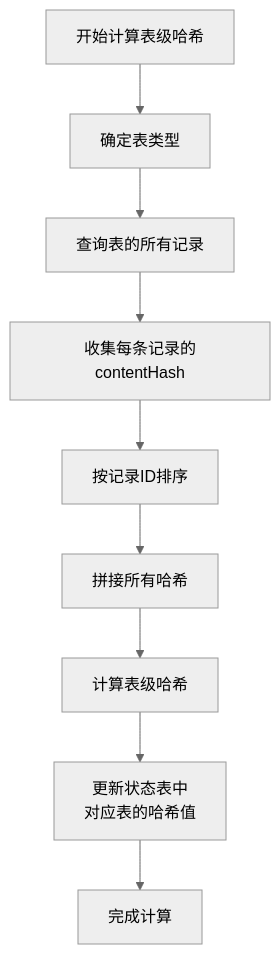
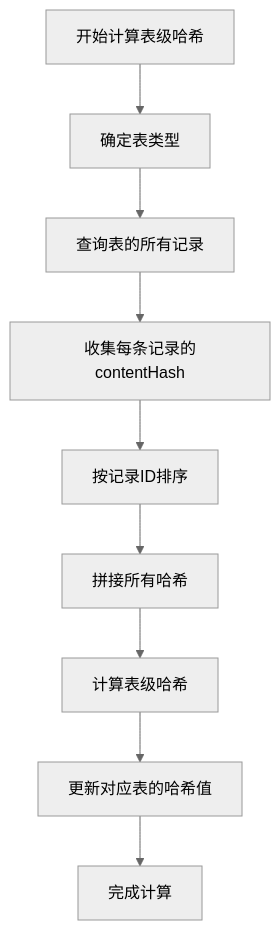
One commit to yingjianzh/iodraw-files changed the diagram in all/未命名-42.md. Above: the diagram before and after it, drawn with Mermaid (neutral theme).

Commit message:
2025-04-24 15:21:58 update

````diff
--- a/all/未命名-42.md
+++ b/all/未命名-42.md
@@ -1,13 +1,13 @@
 ```mermaid
 flowchart TD
     Start[开始计算表级哈希] --> GetTableType[确定表类型]
     GetTableType --> QueryRecords[查询表的所有记录]
     QueryRecords --> CollectHashes[收集每条记录的contentHash]
     
     CollectHashes --> SortByIds[按记录ID排序]
     SortByIds --> ConcatHashes[拼接所有哈希]
     ConcatHashes --> ComputeTableHash[计算表级哈希]
     
-    ComputeTableHash --> UpdateStateTable[更新状态表中\n对应表的哈希值]
+    ComputeTableHash --> UpdateStateTable[更新对应表的哈希值]
     UpdateStateTable --> End[完成计算]
 ```
````
